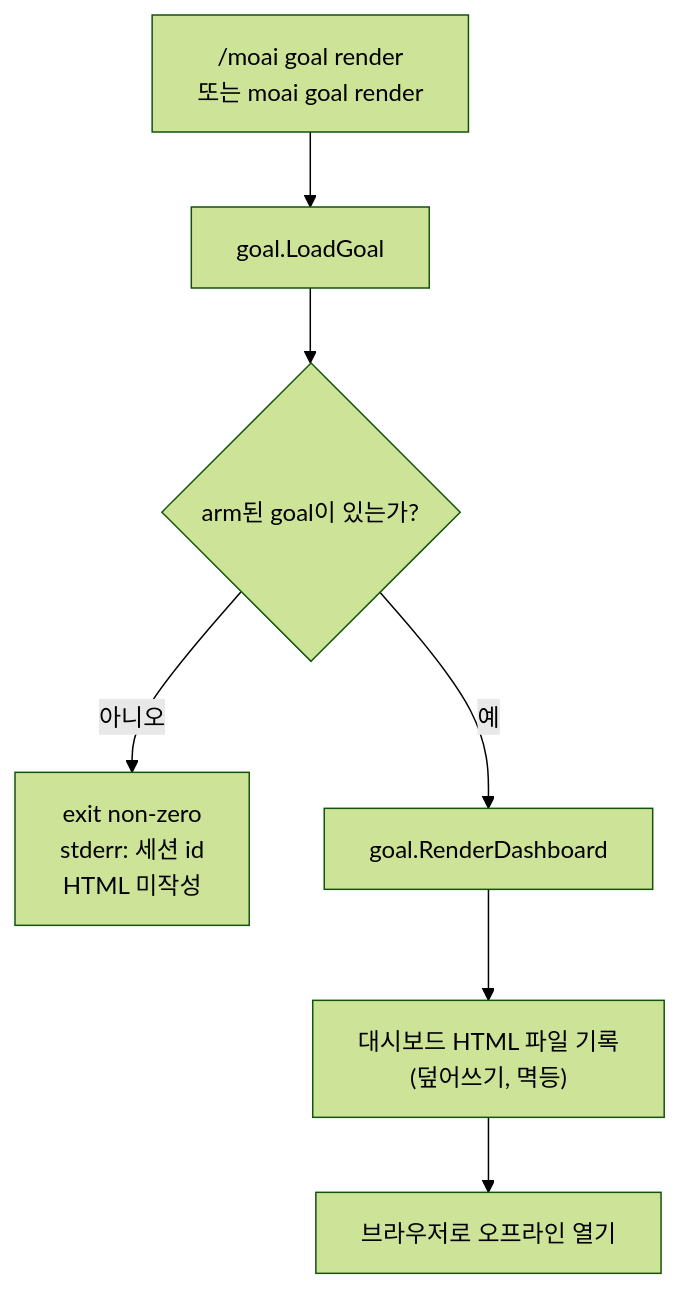
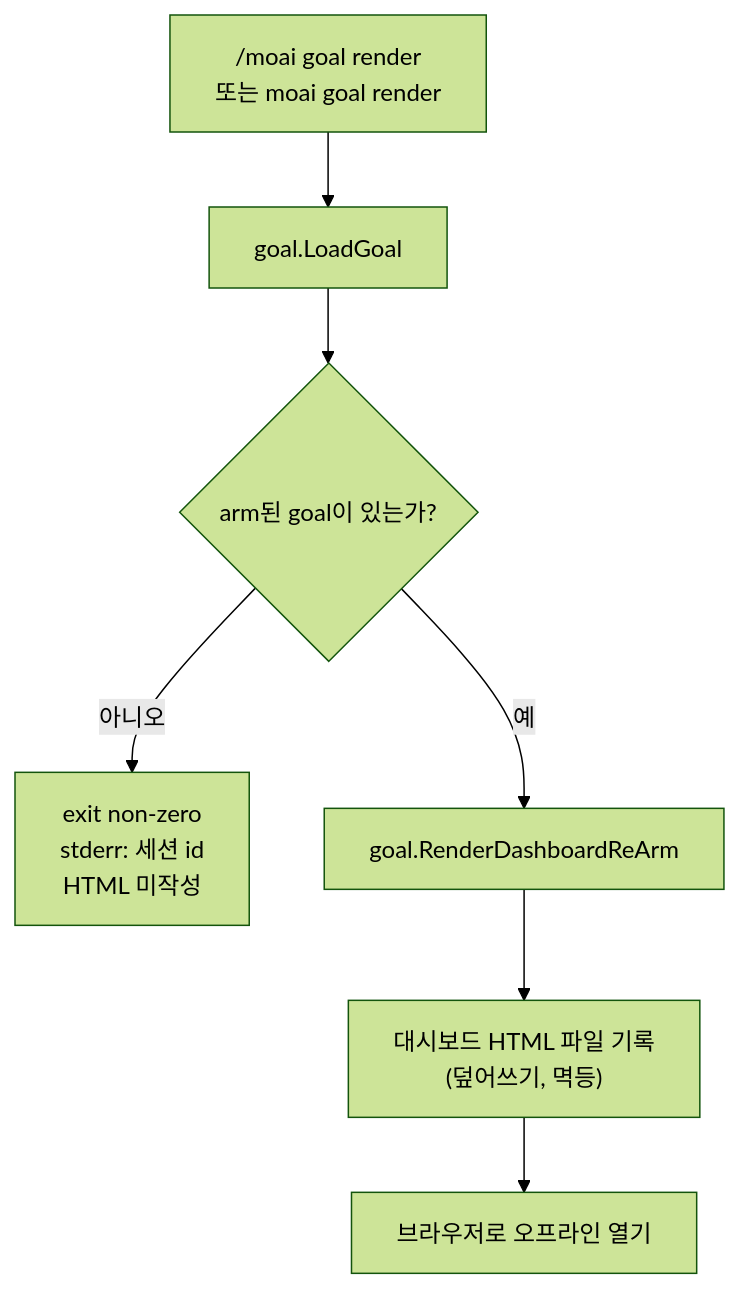
One commit to modu-ai/moai-adk changed the diagram in docs-site/content/ko/utility-commands/moai-goal.md. Above: the diagram before and after it, drawn with Mermaid (forest theme). The commit also changed other lines of this file and 11 other files, not shown here.

First line of the commit message:
docs(goal-html): move 3 v3.1 renderer surfaces from roadmap to live (4-locale)

````diff
--- a/docs-site/content/ko/utility-commands/moai-goal.md
+++ b/docs-site/content/ko/utility-commands/moai-goal.md
@@ -91,9 +91,9 @@
 ```mermaid
 flowchart TD
     A["/moai goal render<br/>또는 moai goal render"] --> B["goal.LoadGoal"]
     B --> C{"arm된 goal이 있는가?"}
     C -- "아니오" --> D["exit non-zero<br/>stderr: 세션 id<br/>HTML 미작성"]
-    C -- "예" --> E["goal.RenderDashboard"]
+    C -- "예" --> E["goal.RenderDashboardReArm"]
     E --> F["대시보드 HTML 파일 기록<br/>(덮어쓰기, 멱등)"]
     F --> G["브라우저로 오프라인 열기"]
 ```
````
